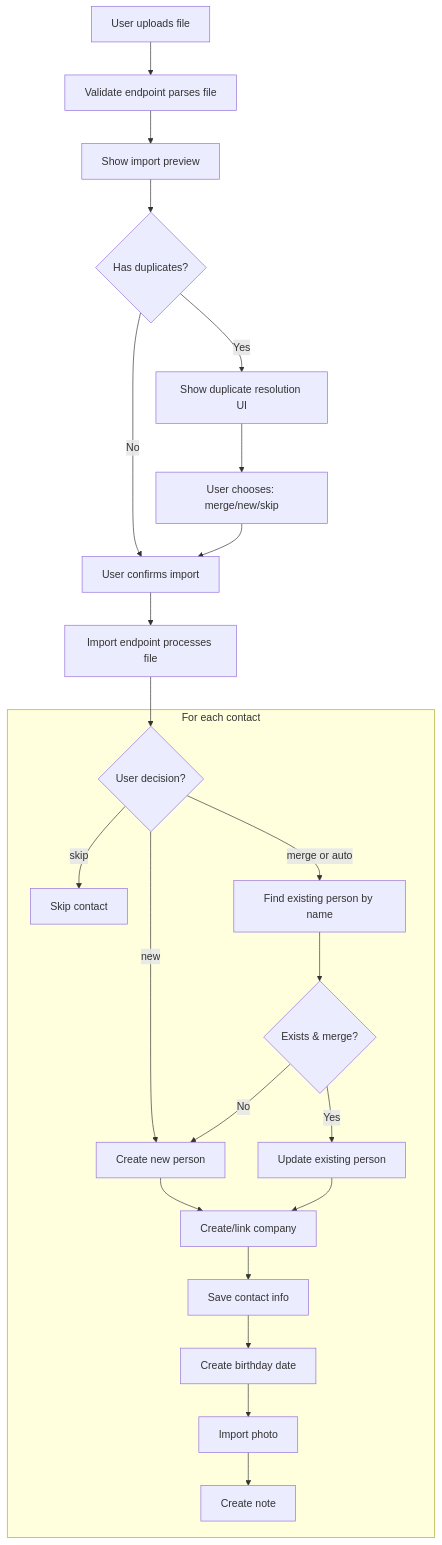
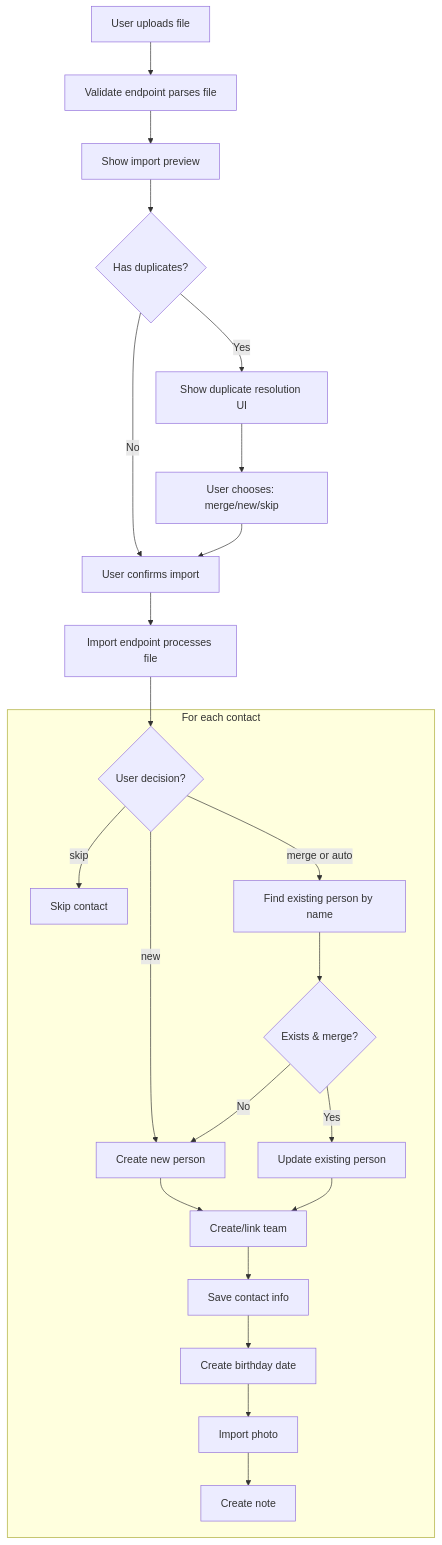
The diagram in docs/import.md (RondoHQ/rondo-club), drawn with Mermaid before and after one commit. The commit also changed other lines of this file and 296 other files, not shown here.

````diff
--- a/docs/import.md
+++ b/docs/import.md
@@ -226,47 +226,47 @@
 ```mermaid
 flowchart TD
     User[User uploads file]
     Validate[Validate endpoint parses file]
     Preview[Show import preview]
     Duplicates{Has duplicates?}
     DecisionUI[Show duplicate resolution UI]
     UserDecides[User chooses: merge/new/skip]
     Confirm[User confirms import]
     Import[Import endpoint processes file]
     
     subgraph "For each contact"
         CheckDecision{User decision?}
         Skip[Skip contact]
         FindExisting[Find existing person by name]
         CreateUpdate{Exists & merge?}
         Create[Create new person]
         Update[Update existing person]
-        Company[Create/link company]
+        Team[Create/link team]
         ContactInfo[Save contact info]
         Birthday[Create birthday date]
         Photo[Import photo]
         Note[Create note]
     end
     
     User --> Validate
     Validate --> Preview
     Preview --> Duplicates
     Duplicates -->|Yes| DecisionUI
     Duplicates -->|No| Confirm
     DecisionUI --> UserDecides
     UserDecides --> Confirm
     Confirm --> Import
     Import --> CheckDecision
     CheckDecision -->|skip| Skip
     CheckDecision -->|new| Create
     CheckDecision -->|merge or auto| FindExisting
     FindExisting --> CreateUpdate
     CreateUpdate -->|No| Create
     CreateUpdate -->|Yes| Update
-    Create --> Company
-    Update --> Company
-    Company --> ContactInfo
+    Create --> Team
+    Update --> Team
+    Team --> ContactInfo
     ContactInfo --> Birthday
     Birthday --> Photo
     Photo --> Note
 ```
````
